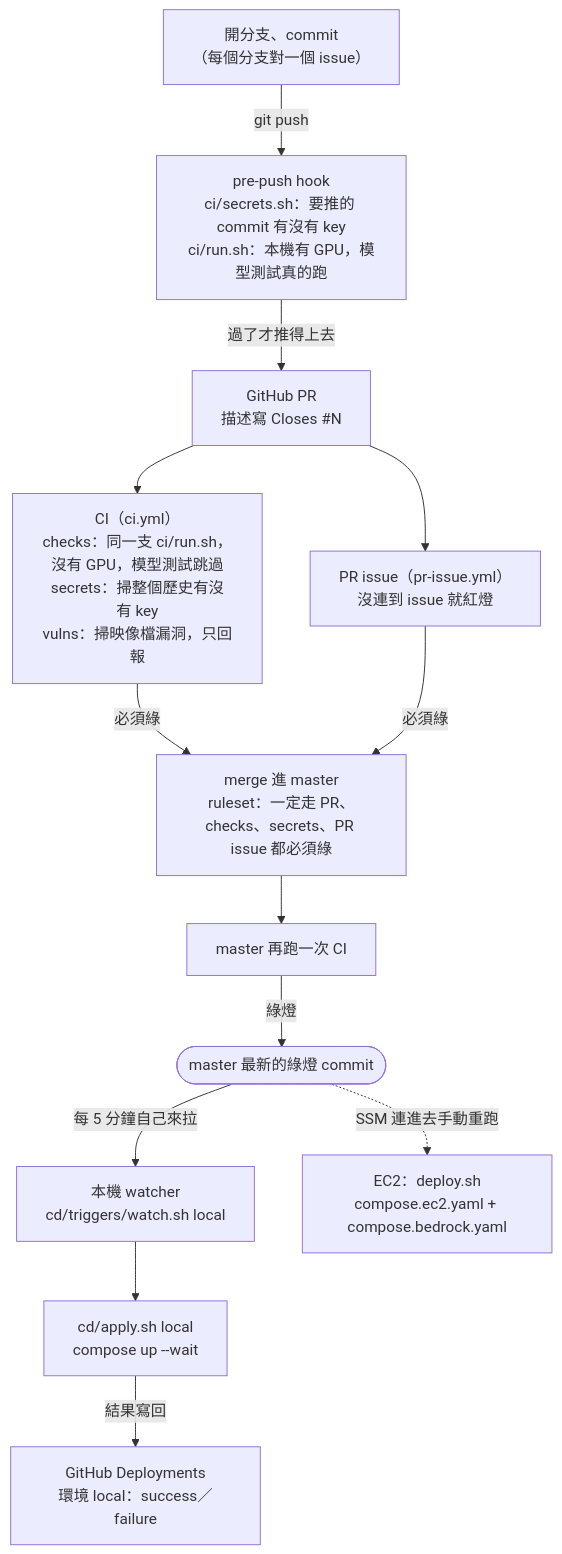
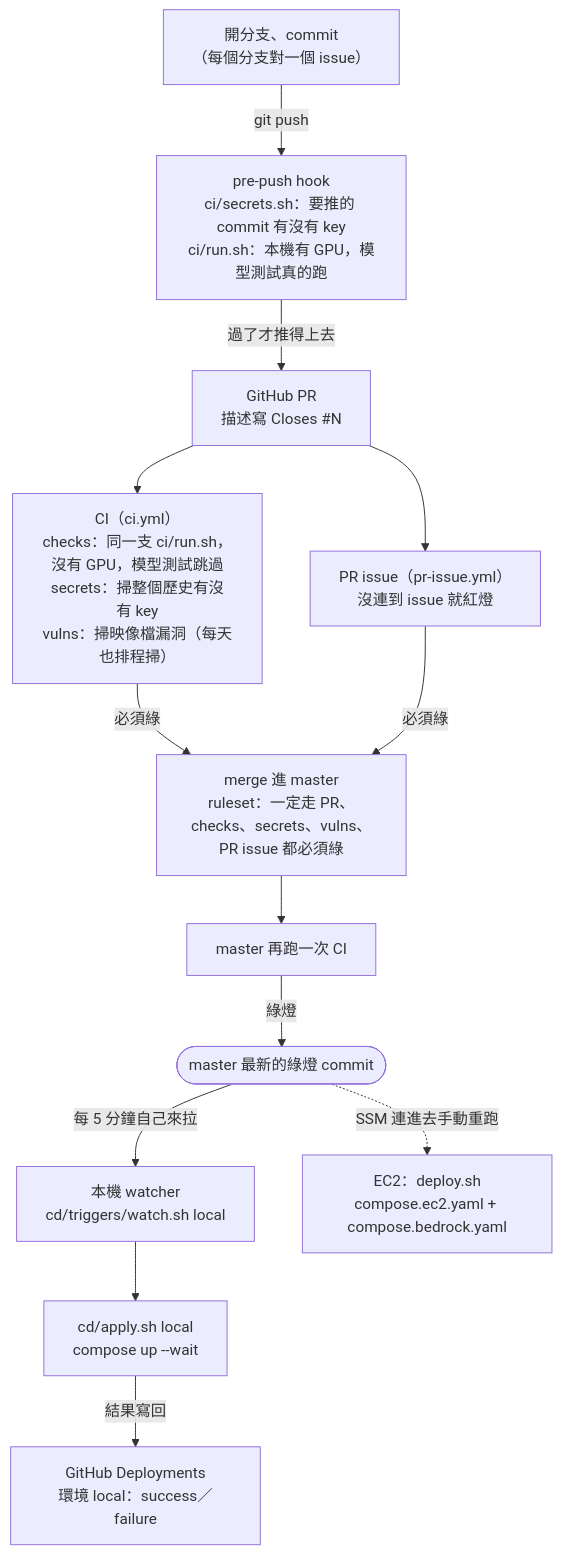
One commit to Anderson-chen/talkcal changed the fifth of 5 diagrams in docs/architecture.md. Above: the diagram before and after it, drawn with Mermaid. The commit also changed other lines of this file and 8 other files, not shown here.

````diff
--- a/docs/architecture.md
+++ b/docs/architecture.md
@@ -94,15 +94,15 @@
 ```mermaid
 flowchart TB
     dev["開分支、commit<br/>（每個分支對一個 issue）"] -->|"git push"| hook["pre-push hook<br/>ci/secrets.sh：要推的 commit 有沒有 key<br/>ci/run.sh：本機有 GPU，模型測試真的跑"]
     hook -->|"過了才推得上去"| pr["GitHub PR<br/>描述寫 Closes #N"]
-    pr --> ci["CI（ci.yml）<br/>checks：同一支 ci/run.sh，沒有 GPU，模型測試跳過<br/>secrets：掃整個歷史有沒有 key<br/>vulns：掃映像檔漏洞，只回報"]
+    pr --> ci["CI（ci.yml）<br/>checks：同一支 ci/run.sh，沒有 GPU，模型測試跳過<br/>secrets：掃整個歷史有沒有 key<br/>vulns：掃映像檔漏洞（每天也排程掃）"]
     pr --> prissue["PR issue（pr-issue.yml）<br/>沒連到 issue 就紅燈"]
-    ci -->|"必須綠"| merge["merge 進 master<br/>ruleset：一定走 PR、checks、secrets、PR issue 都必須綠"]
+    ci -->|"必須綠"| merge["merge 進 master<br/>ruleset：一定走 PR、checks、secrets、vulns、PR issue 都必須綠"]
     prissue -->|"必須綠"| merge
     merge --> masterci["master 再跑一次 CI"]
     masterci -->|"綠燈"| green(["master 最新的綠燈 commit"])
     green -->|"每 5 分鐘自己來拉"| watch["本機 watcher<br/>cd/triggers/watch.sh local"]
     watch --> applyl["cd/apply.sh local<br/>compose up --wait"]
     applyl -->|"結果寫回"| deployments["GitHub Deployments<br/>環境 local：success／failure"]
     green -.->|"SSM 連進去手動重跑"| ec2["EC2：deploy.sh<br/>compose.ec2.yaml + compose.bedrock.yaml"]
 ```
````
